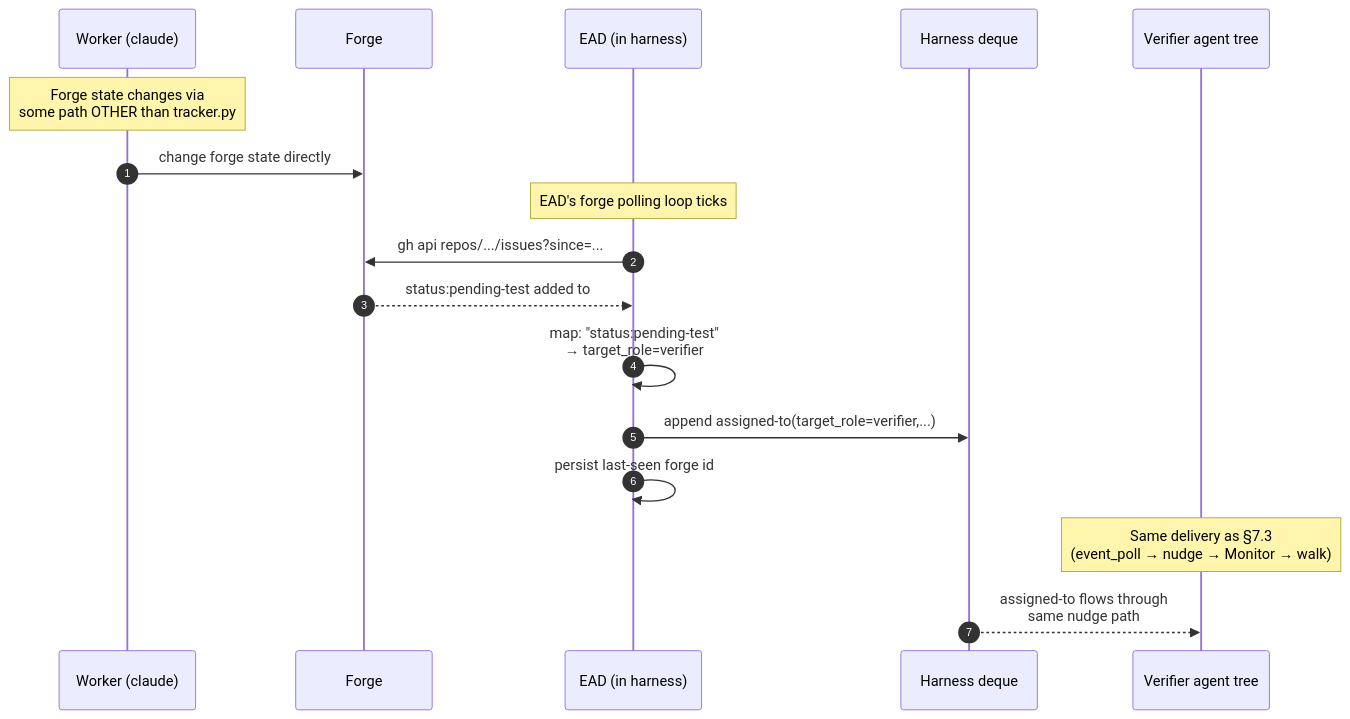
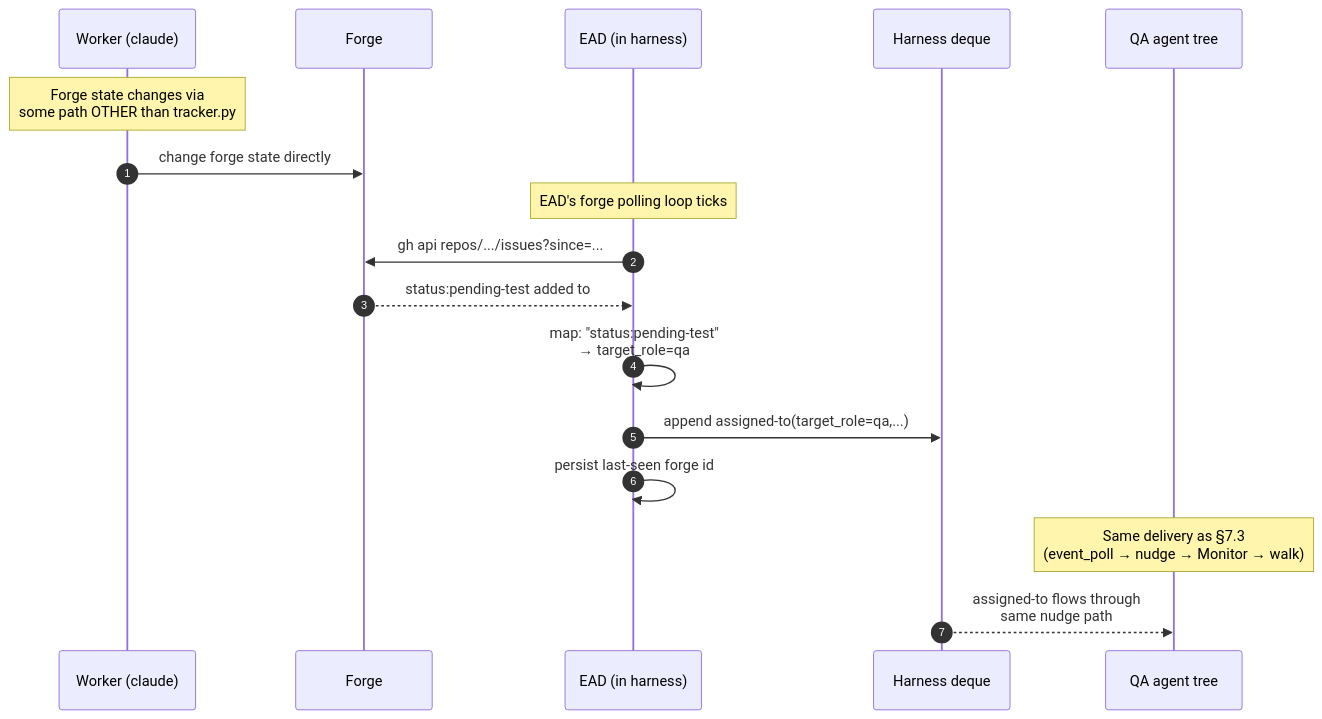
One commit to WallyDoodlez/SquidSquad changed diagram 14 of 16 in docs/AGENT-RUNTIME.md. Above: the diagram before and after it, drawn with Mermaid. The commit also changed other lines of this file and 6 other files, not shown here.

````diff
--- a/docs/AGENT-RUNTIME.md
+++ b/docs/AGENT-RUNTIME.md
@@ -819,22 +817,22 @@
 ```mermaid
 sequenceDiagram
     autonumber
     participant W as Worker (claude)
     participant F as Forge
     participant EAD as EAD (in harness)
     participant H as Harness deque
-    participant V as Verifier agent tree
+    participant V as QA agent tree
 
     Note over W: Forge state changes via<br/>some path OTHER than tracker.py
     W->>F: change forge state directly
 
     Note over EAD: EAD's forge polling loop ticks
     EAD->>F: gh api repos/.../issues?since=...
     F-->>EAD: status:pending-test added to #9926
-    EAD->>EAD: map: "status:pending-test"<br/>→ target_role=verifier
-    EAD->>H: append assigned-to(target_role=verifier,...)
+    EAD->>EAD: map: "status:pending-test"<br/>→ target_role=qa
+    EAD->>H: append assigned-to(target_role=qa,...)
     EAD->>EAD: persist last-seen forge id
 
     Note over V: Same delivery as §7.3<br/>(event_poll → nudge → Monitor → walk)
     H-->>V: assigned-to flows through<br/>same nudge path
 ```
````
